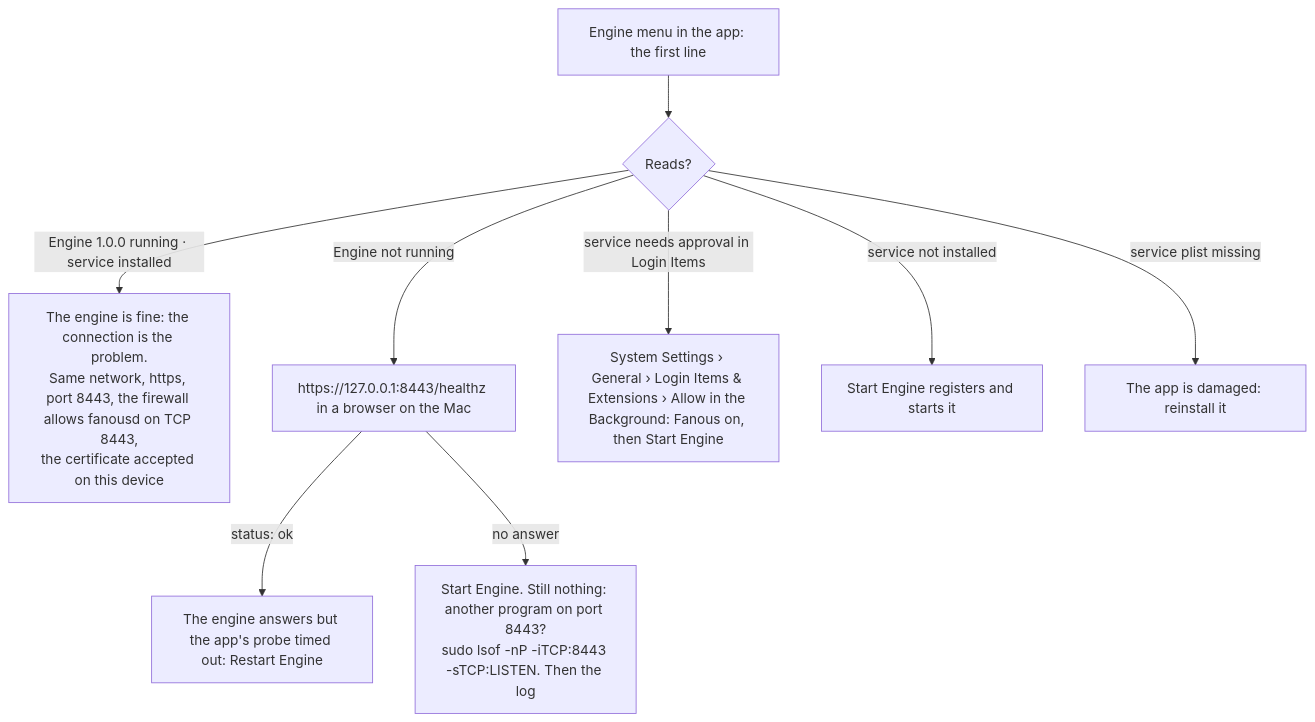
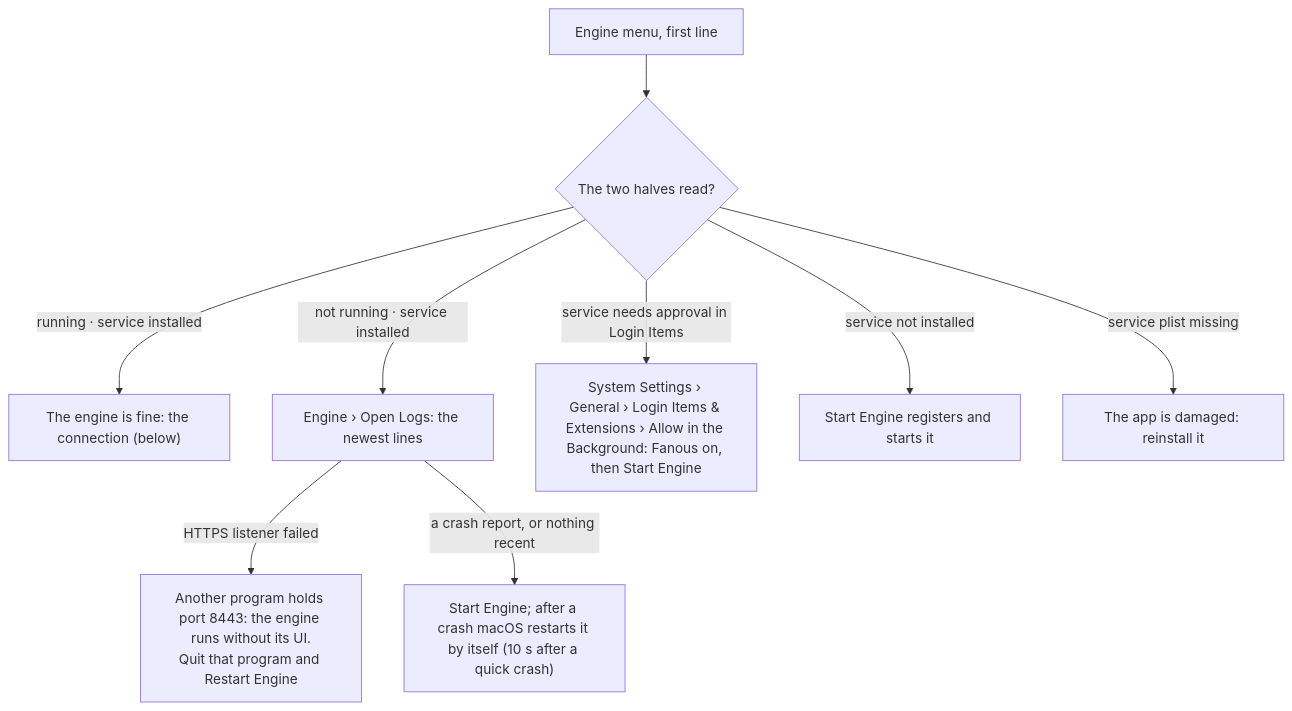
Before and after one commit to Timdebruijn/fanous: the first of 2 diagrams in docs/user/troubleshooting.md, drawn with Mermaid. The commit also changed other lines of this file and 7 other files, not shown here.

````diff
--- a/docs/user/troubleshooting.md
+++ b/docs/user/troubleshooting.md
@@ -20,11 +63,11 @@
 ```mermaid
 flowchart TD
-  start["Engine menu in the app: the first line"] --> line{"Reads?"}
-  line -- "Engine 1.0.0 running · service installed" --> conn["The engine is fine: the connection is the problem.<br>Same network, https, port 8443, the firewall allows fanousd on TCP 8443,<br>the certificate accepted on this device"]
-  line -- "Engine not running" --> health["https://127.0.0.1:8443/healthz in a browser on the Mac"]
-  health -- "status: ok" --> hung["The engine answers but the app's probe timed out: Restart Engine"]
-  health -- "no answer" --> port["Start Engine. Still nothing: another program on port 8443?<br>sudo lsof -nP -iTCP:8443 -sTCP:LISTEN. Then the log"]
+  start["Engine menu, first line"] --> line{"The two halves read?"}
+  line -- "running · service installed" --> conn["The engine is fine: the connection (below)"]
+  line -- "not running · service installed" --> log["Engine › Open Logs: the newest lines"]
+  log -- "HTTPS listener failed" --> port["Another program holds port 8443: the engine runs without its UI.<br>Quit that program and Restart Engine"]
+  log -- "a crash report, or nothing recent" --> startit["Start Engine; after a crash macOS restarts it by itself (10 s after a quick crash)"]
   line -- "service needs approval in Login Items" --> approve["System Settings › General › Login Items & Extensions › Allow in the Background: Fanous on, then Start Engine"]
-  line -- "service not installed" --> startit["Start Engine registers and starts it"]
+  line -- "service not installed" --> install["Start Engine registers and starts it"]
   line -- "service plist missing" --> reinstall["The app is damaged: reinstall it"]
 ```
````
